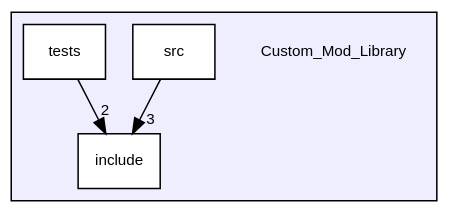
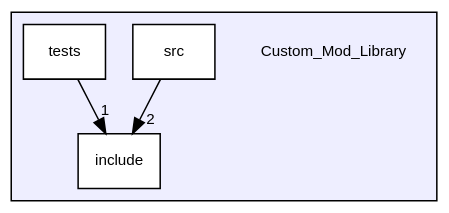
One commit to ejagombar/2021_Group_3 changed the diagram in dir_3d791e5d7456dbf61f6d7b678dfd72f4_dep.dot. Above: the diagram before and after it, drawn with Graphviz. The commit also changed 61 other files, not shown here.

```diff
--- a/dir_3d791e5d7456dbf61f6d7b678dfd72f4_dep.dot
+++ b/dir_3d791e5d7456dbf61f6d7b678dfd72f4_dep.dot
@@ -1,15 +1,15 @@
 digraph "/home/runner/work/2021_Group_3/2021_Group_3/Custom_Mod_Library" {
   bgcolor=transparent;
   compound=true
   node [ fontsize="10", fontname="Helvetica"];
   edge [ labelfontsize="10", labelfontname="Helvetica"];
   subgraph clusterdir_3d791e5d7456dbf61f6d7b678dfd72f4 {
     graph [ bgcolor="#eeeeff", pencolor="black", label="" URL="dir_3d791e5d7456dbf61f6d7b678dfd72f4.html"];
     dir_3d791e5d7456dbf61f6d7b678dfd72f4 [shape=plaintext label="Custom_Mod_Library"];
     dir_f5c7eabd21a874ae9d109060d168a55c [shape=box label="include" color="black" fillcolor="white" style="filled" URL="dir_f5c7eabd21a874ae9d109060d168a55c.html"];
     dir_cbd26f7b0946528e265beb2513fbf397 [shape=box label="src" color="black" fillcolor="white" style="filled" URL="dir_cbd26f7b0946528e265beb2513fbf397.html"];
     dir_812f6d6e07ea60e21fdef9b4c803a47a [shape=box label="tests" color="black" fillcolor="white" style="filled" URL="dir_812f6d6e07ea60e21fdef9b4c803a47a.html"];
   }
-  dir_812f6d6e07ea60e21fdef9b4c803a47a->dir_f5c7eabd21a874ae9d109060d168a55c [headlabel="2", labeldistance=1.5 headhref="dir_000003_000001.html"];
-  dir_cbd26f7b0946528e265beb2513fbf397->dir_f5c7eabd21a874ae9d109060d168a55c [headlabel="3", labeldistance=1.5 headhref="dir_000002_000001.html"];
+  dir_812f6d6e07ea60e21fdef9b4c803a47a->dir_f5c7eabd21a874ae9d109060d168a55c [headlabel="1", labeldistance=1.5 headhref="dir_000003_000001.html"];
+  dir_cbd26f7b0946528e265beb2513fbf397->dir_f5c7eabd21a874ae9d109060d168a55c [headlabel="2", labeldistance=1.5 headhref="dir_000002_000001.html"];
 }
```
